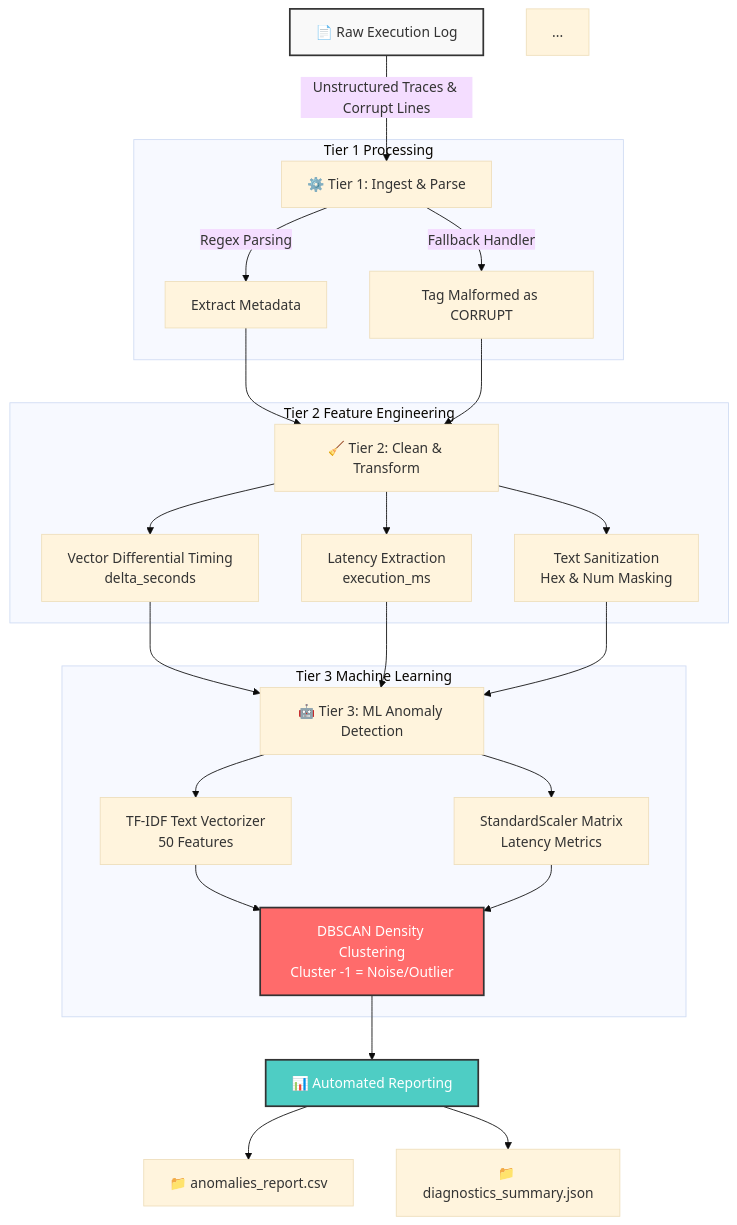
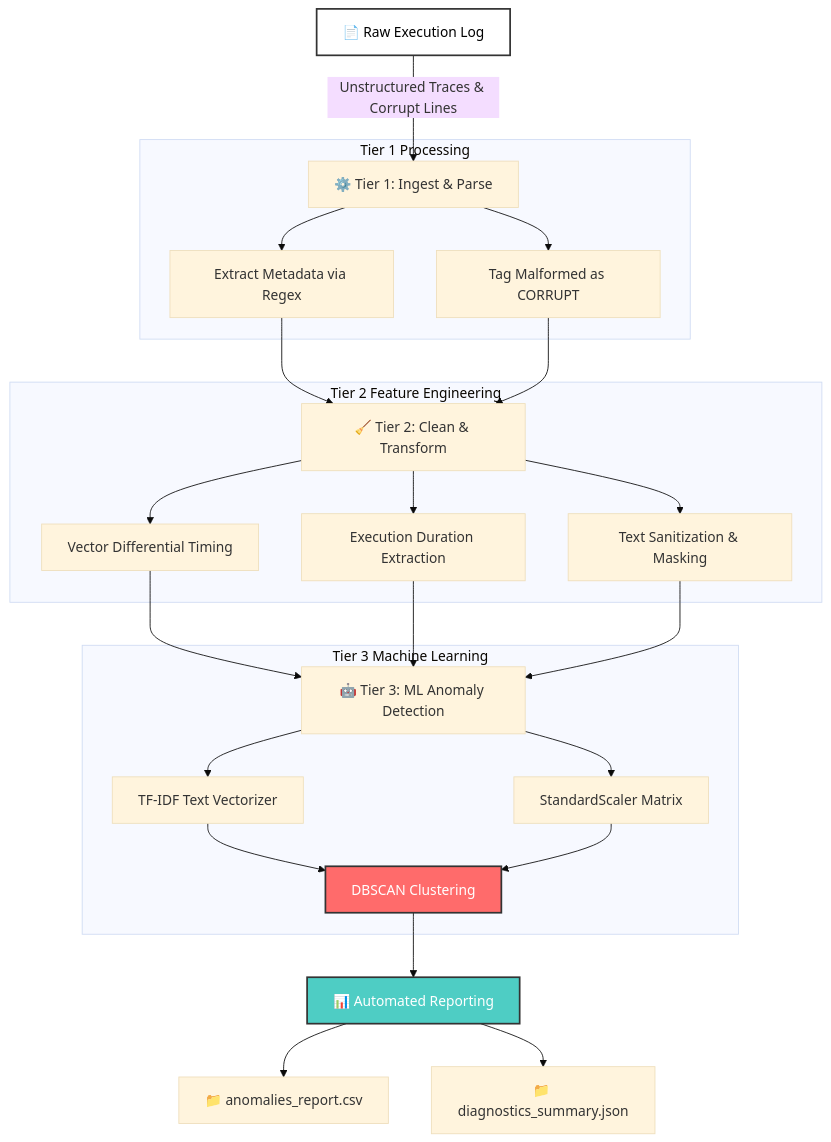
One commit to sivakami26/log_parsing_pipeline changed the diagram in README.md. Above: the diagram before and after it, drawn with Mermaid (base theme).

Commit message:
Revise README for improved documentation
Updated README to enhance clarity and structure of the pipeline description, context, architecture, features, tech stack, and quickstart guide.

````diff
--- a/README.md
+++ b/README.md
@@ -22,34 +22,33 @@
 ```mermaid
 flowchart TD
     A[📄 Raw Execution Log] -->|Unstructured Traces & Corrupt Lines| B[⚙️ Tier 1: Ingest & Parse]
     
     subgraph Tier1 [Tier 1 Processing]
-        B -->|Regex Parsing| B1[Extract Metadata]
-        B -->|Fallback Handler| B2[Tag Malformed as CORRUPT]
+        B --> B1[Extract Metadata via Regex]
+        B --> B2[Tag Malformed as CORRUPT]
     end
 
     B1 & B2 --> C[🧹 Tier 2: Clean & Transform]
 
     subgraph Tier2 [Tier 2 Feature Engineering]
-        C --> C1[Vector Differential Timing\ndelta_seconds]
-        C --> C2[Latency Extraction\nexecution_ms]
-        C --> C3[Text Sanitization\nHex & Num Masking]
+        C --> C1[Vector Differential Timing]
+        C --> C2[Execution Duration Extraction]
+        C --> C3[Text Sanitization & Masking]
     end
 
     C1 & C2 & C3 --> D[🤖 Tier 3: ML Anomaly Detection]
 
     subgraph Tier3 [Tier 3 Machine Learning]
-        D --> D1[TF-IDF Text Vectorizer\n50 Features]
-        D --> D2[StandardScaler Matrix\nLatency Metrics]
-        D1 & D2 --> D3[DBSCAN Density Clustering\nCluster -1 = Noise/Outlier]
+        D --> D1[TF-IDF Text Vectorizer]
+        D --> D2[StandardScaler Matrix]
+        D1 & D2 --> D3[DBSCAN Clustering]
     end
 
     D3 --> E[📊 Automated Reporting]
     E --> F[📁 anomalies_report.csv]
     E --> G[📁 diagnostics_summary.json]
 
-    style A fill:#f9f9f9,stroke:#333,stroke-width:2px
-    style D3 fill:#ff6b6b,stroke:#333,stroke-width:2px,color:#fff
-    style E fill:#4ecdc4,stroke:#333,stroke-width:2px,color:#fff
-    ...
+    style A fill:#ffffff,stroke:#333,stroke-width:2px,color:#000000
+    style D3 fill:#ff6b6b,stroke:#333,stroke-width:2px,color:#ffffff
+    style E fill:#4ecdc4,stroke:#333,stroke-width:2px,color:#ffffff
 ```
````
